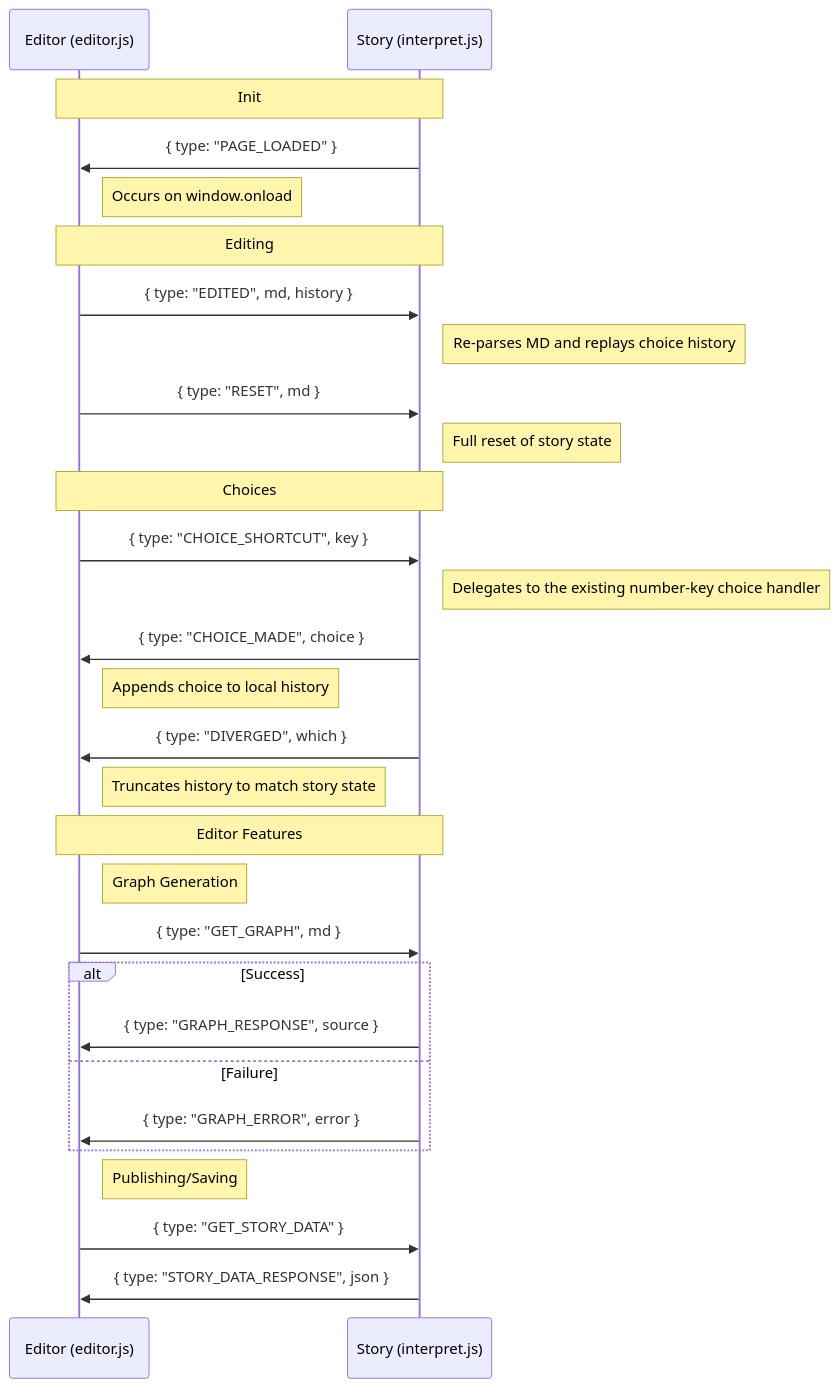
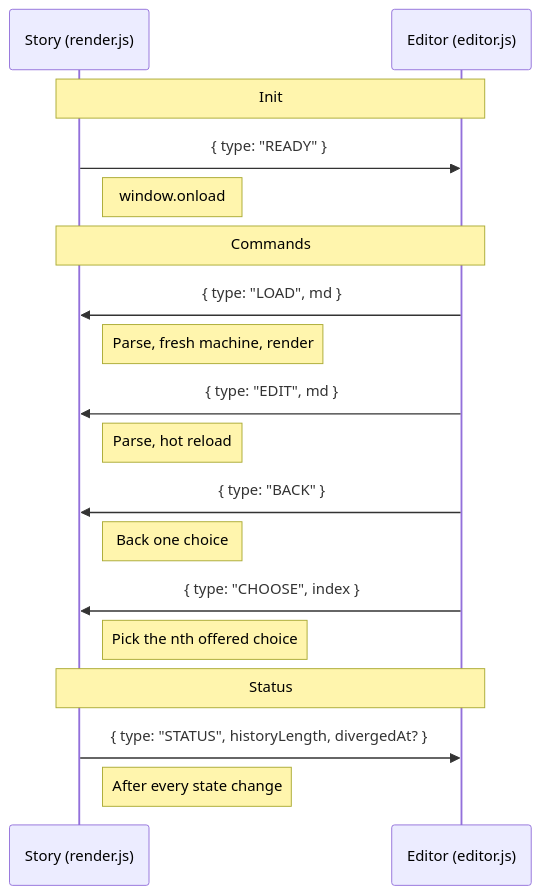
Before and after one commit to dariusf/fable: the diagram in docs.md, drawn with Mermaid. The commit also changed other lines of this file and 36 other files, not shown here.

````diff
--- a/docs.md
+++ b/docs.md
@@ -451,41 +468,26 @@
 ```mermaid
 sequenceDiagram
+    participant S as Story (render.js)
     participant E as Editor (editor.js)
-    participant S as Story (interpret.js)
 
     Note over E, S: Init
-    S->>E: { type: "PAGE_LOADED" }
-    Note right of E: Occurs on window.onload
+    S->>E: { type: "READY" }
+    Note right of S: window.onload
 
-    Note over E, S: Editing
-    E->>S: { type: "EDITED", md, history }
-    Note right of S: Re-parses MD and replays choice history
+    Note over E, S: Commands
+    E->>S: { type: "LOAD", md }
+    Note right of S: Parse, fresh machine, render
 
-    E->>S: { type: "RESET", md }
-    Note right of S: Full reset of story state
+    E->>S: { type: "EDIT", md }
+    Note right of S: Parse, hot reload
 
-    Note over E, S: Choices
-    E->>S: { type: "CHOICE_SHORTCUT", key }
-    Note right of S: Delegates to the existing number-key choice handler
+    E->>S: { type: "BACK" }
+    Note right of S: Back one choice
 
-    S->>E: { type: "CHOICE_MADE", choice }
-    Note right of E: Appends choice to local history
+    E->>S: { type: "CHOOSE", index }
+    Note right of S: Pick the nth offered choice
 
-    S->>E: { type: "DIVERGED", which }
-    Note right of E: Truncates history to match story state
-
-    Note over E, S: Editor Features
-
-        Note right of E: Graph Generation
-        E->>S: { type: "GET_GRAPH", md }
-        alt Success
-            S->>E: { type: "GRAPH_RESPONSE", source }
-        else Failure
-            S->>E: { type: "GRAPH_ERROR", error }
-        end
-
-
-        Note right of E: Publishing/Saving
-        E->>S: { type: "GET_STORY_DATA" }
-        S->>E: { type: "STORY_DATA_RESPONSE", json }
+    Note over E, S: Status
+    S->>E: { type: "STATUS", historyLength, divergedAt? }
+    Note right of S: After every state change
 ```
````
